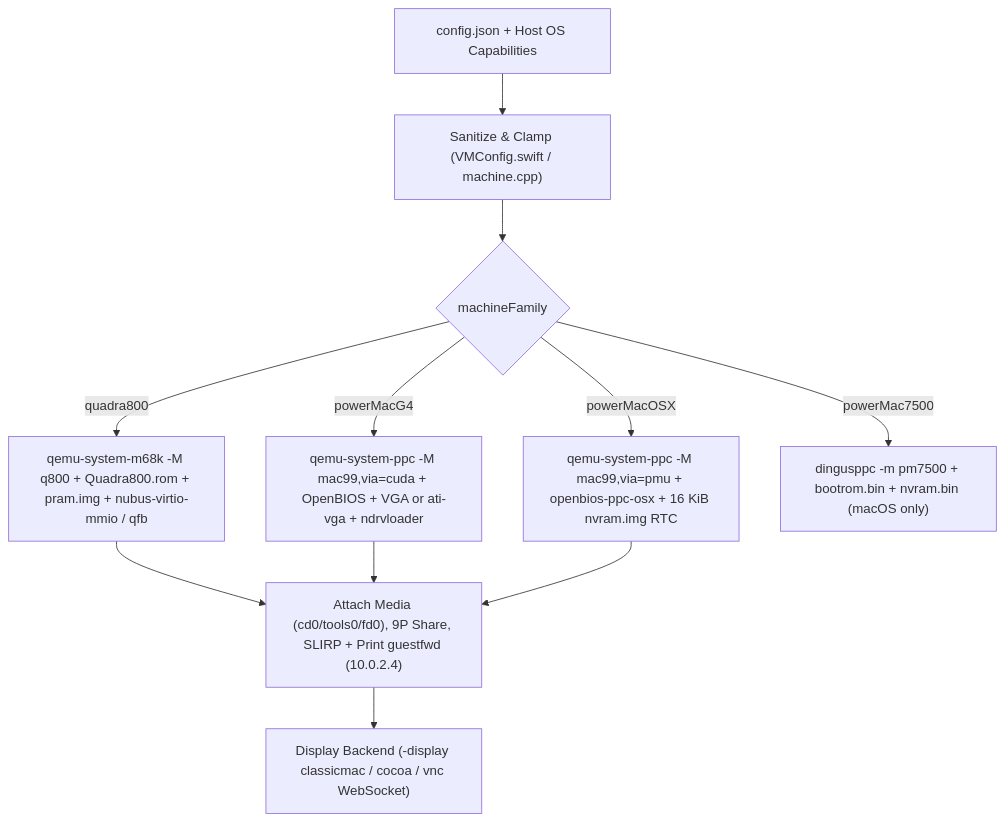
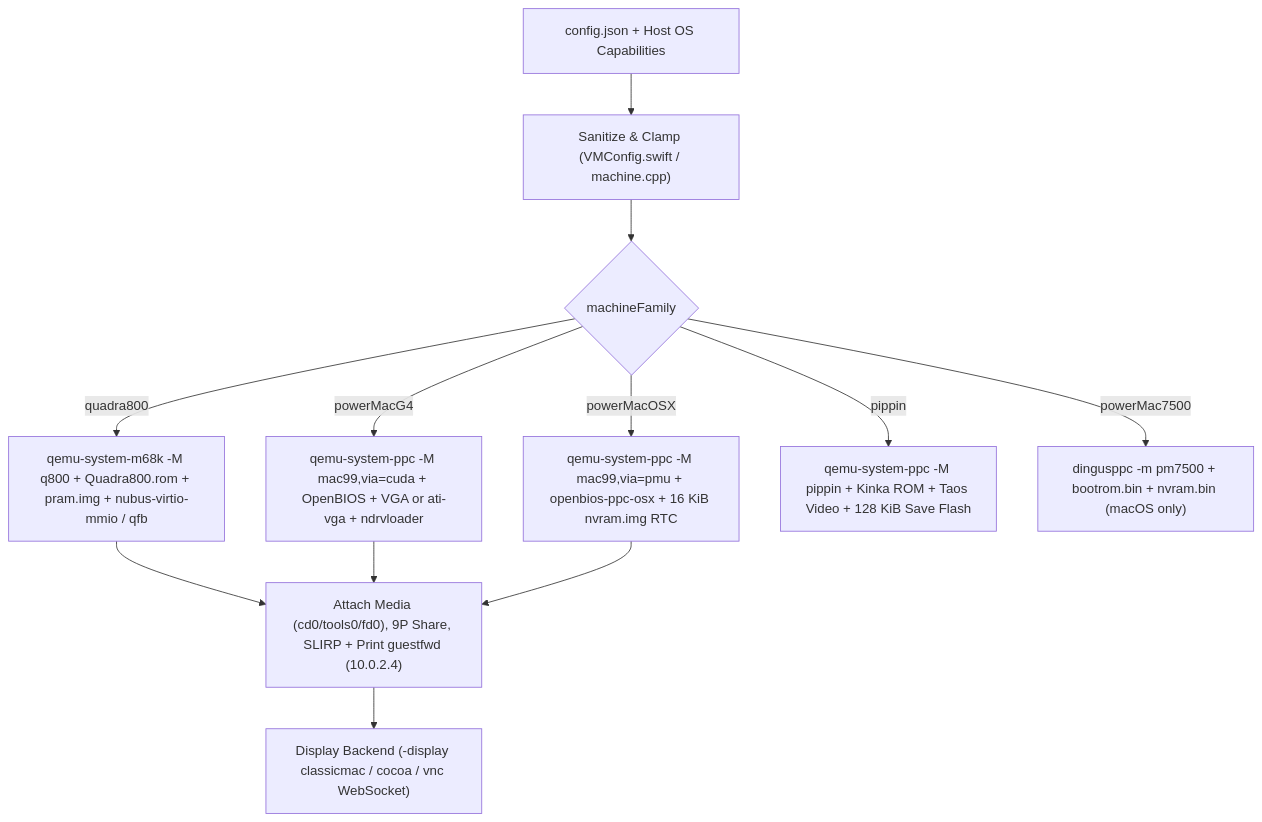
One commit to amcchord/ClassicMac changed the diagram in docs/manual/12-configuration-and-cli-reference.md. Above: the diagram before and after it, drawn with Mermaid. The commit also changed other lines of this file and 84 other files, not shown here.

````diff
--- a/docs/manual/12-configuration-and-cli-reference.md
+++ b/docs/manual/12-configuration-and-cli-reference.md
@@ -9,13 +9,14 @@
 ```mermaid
 flowchart TD
     CFG["config.json + Host OS Capabilities"] --> SAN["Sanitize & Clamp (VMConfig.swift / machine.cpp)"]
     SAN --> FAM{"machineFamily"}
     FAM -- "quadra800" --> Q800["qemu-system-m68k -M q800 + Quadra800.rom + pram.img + nubus-virtio-mmio / qfb"]
     FAM -- "powerMacG4" --> PMAC["qemu-system-ppc -M mac99,via=cuda + OpenBIOS + VGA or ati-vga + ndrvloader"]
     FAM -- "powerMacOSX" --> OSX["qemu-system-ppc -M mac99,via=pmu + openbios-ppc-osx + 16 KiB nvram.img RTC"]
+    FAM -- "pippin" --> PIP["qemu-system-ppc -M pippin + Kinka ROM + Taos Video + 128 KiB Save Flash"]
     FAM -- "powerMac7500" --> COP["dingusppc -m pm7500 + bootrom.bin + nvram.bin (macOS only)"]
     Q800 --> IO["Attach Media (cd0/tools0/fd0), 9P Share, SLIRP + Print guestfwd (10.0.2.4)"]
     PMAC --> IO
     OSX --> IO
     IO --> DISP["Display Backend (-display classicmac / cocoa / vnc WebSocket)"]
 ```
````
